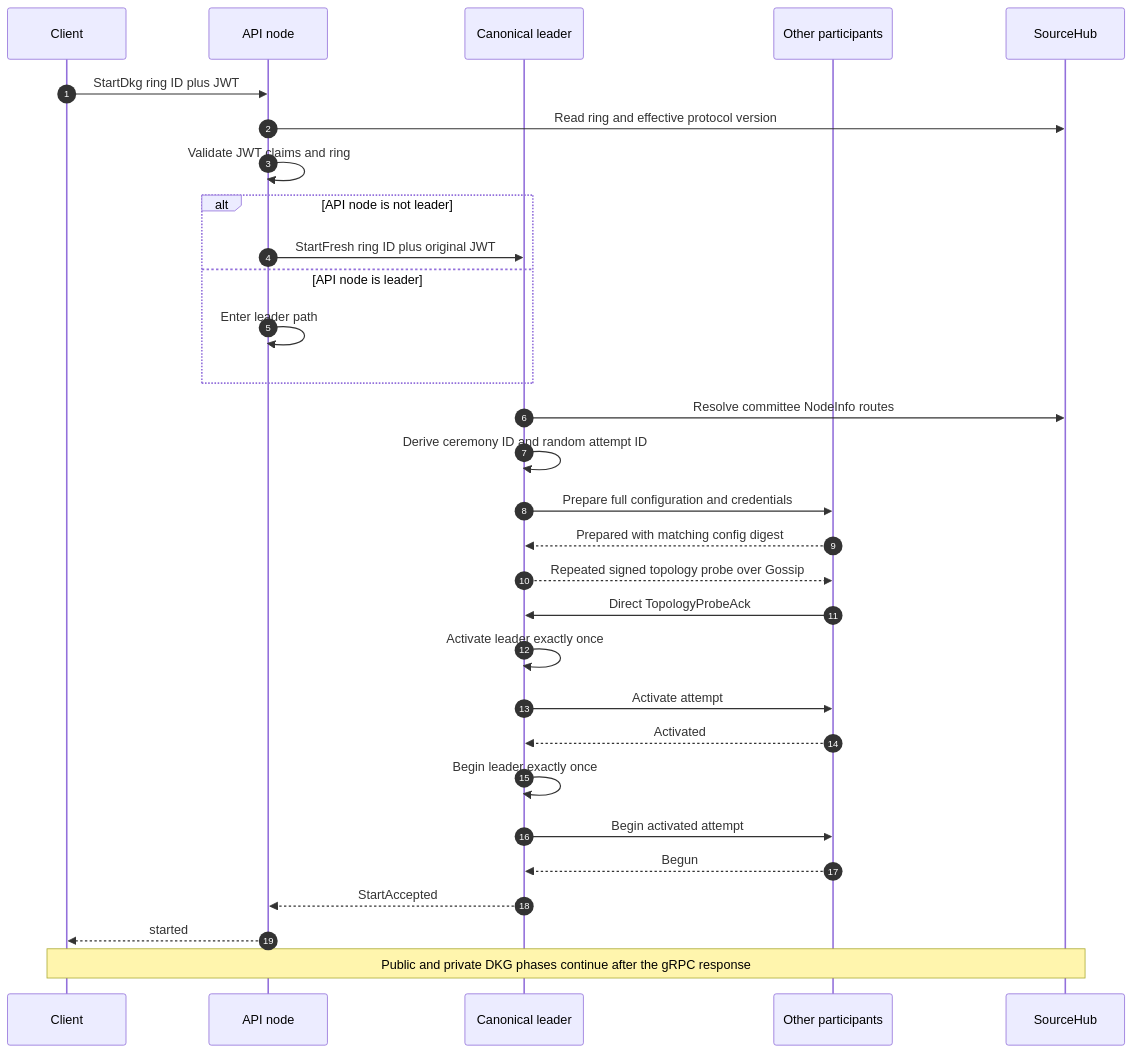
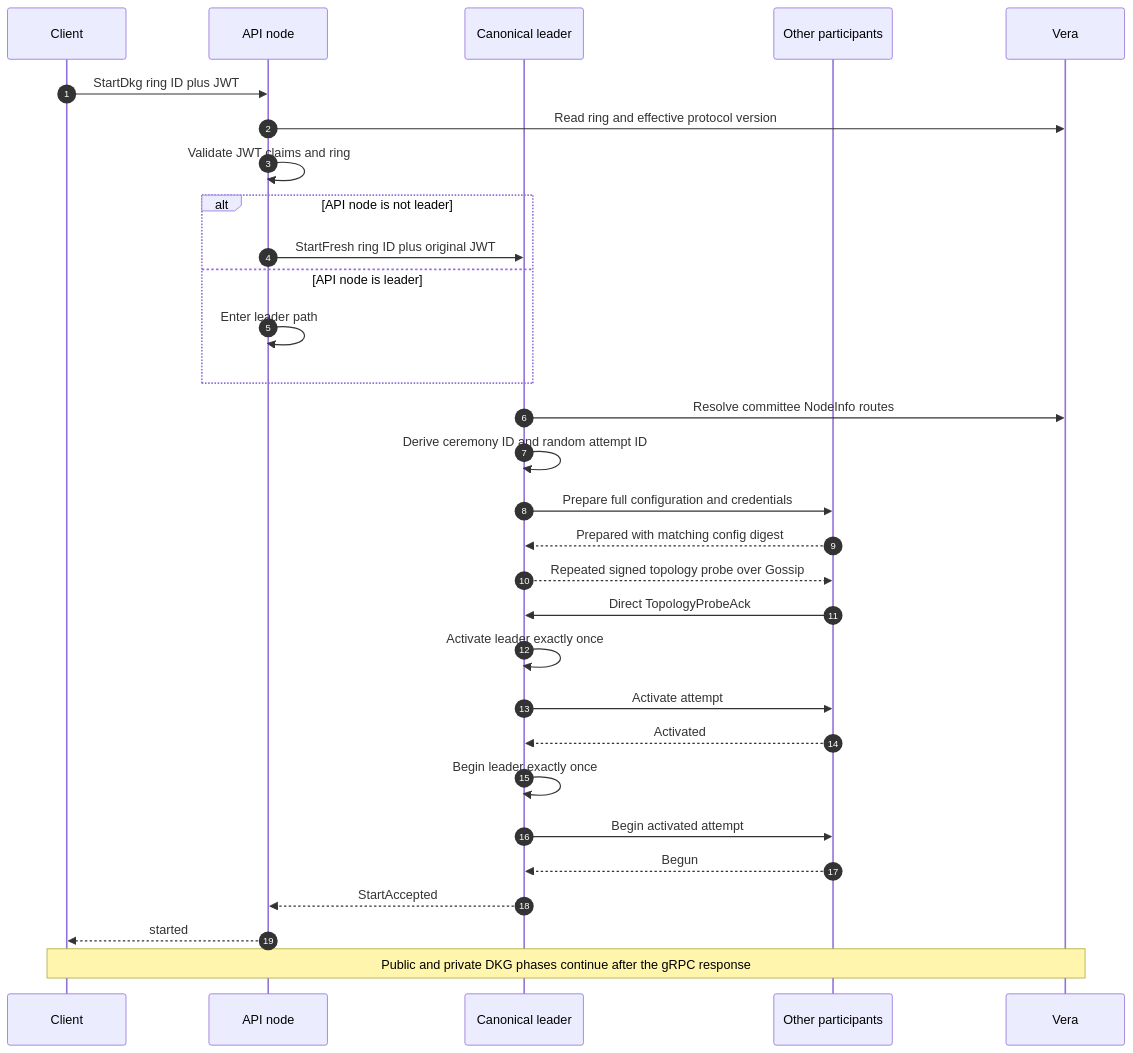
Before and after one commit to sourcenetwork/orbis-rs: the second of 10 diagrams in bin/orbis-node/src/dkg/README.md, drawn with Mermaid. The commit also changed other lines of this file and 106 other files, not shown here.

````diff
--- a/bin/orbis-node/src/dkg/README.md
+++ b/bin/orbis-node/src/dkg/README.md
@@ -208,34 +208,34 @@
 ```mermaid
 sequenceDiagram
   autonumber
   participant C as Client
   participant N as API node
   participant L as Canonical leader
   participant F as Other participants
-  participant S as SourceHub
+  participant S as Vera
 
   C->>N: StartDkg ring ID plus JWT
   N->>S: Read ring and effective protocol version
   N->>N: Validate JWT claims and ring
   alt API node is not leader
     N->>L: StartFresh ring ID plus original JWT
   else API node is leader
     N->>N: Enter leader path
   end
   L->>S: Resolve committee NodeInfo routes
   L->>L: Derive ceremony ID and random attempt ID
   L->>F: Prepare full configuration and credentials
   F-->>L: Prepared with matching config digest
   L-->>F: Repeated signed topology probe over Gossip
   F->>L: Direct TopologyProbeAck
   L->>L: Activate leader exactly once
   L->>F: Activate attempt
   F-->>L: Activated
   L->>L: Begin leader exactly once
   L->>F: Begin activated attempt
   F-->>L: Begun
   L-->>N: StartAccepted
   N-->>C: started
 
   Note over C,S: Public and private DKG phases continue after the gRPC response
 ```
````
